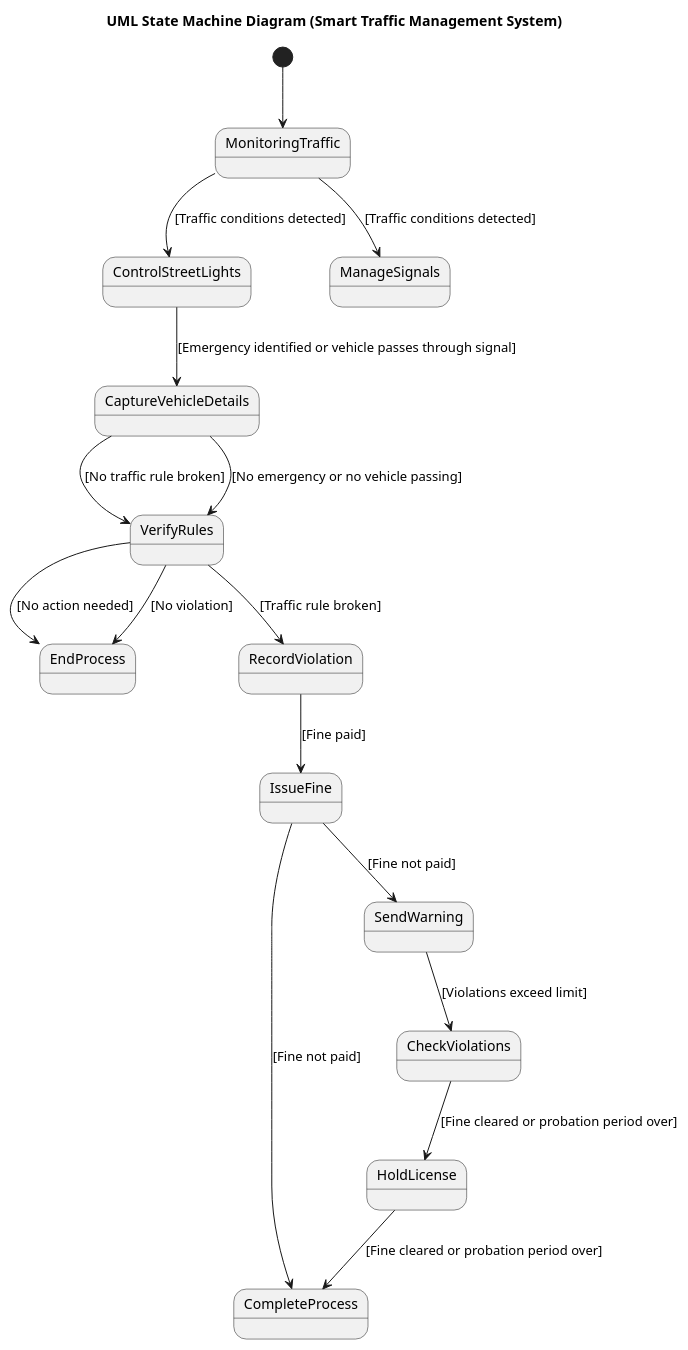
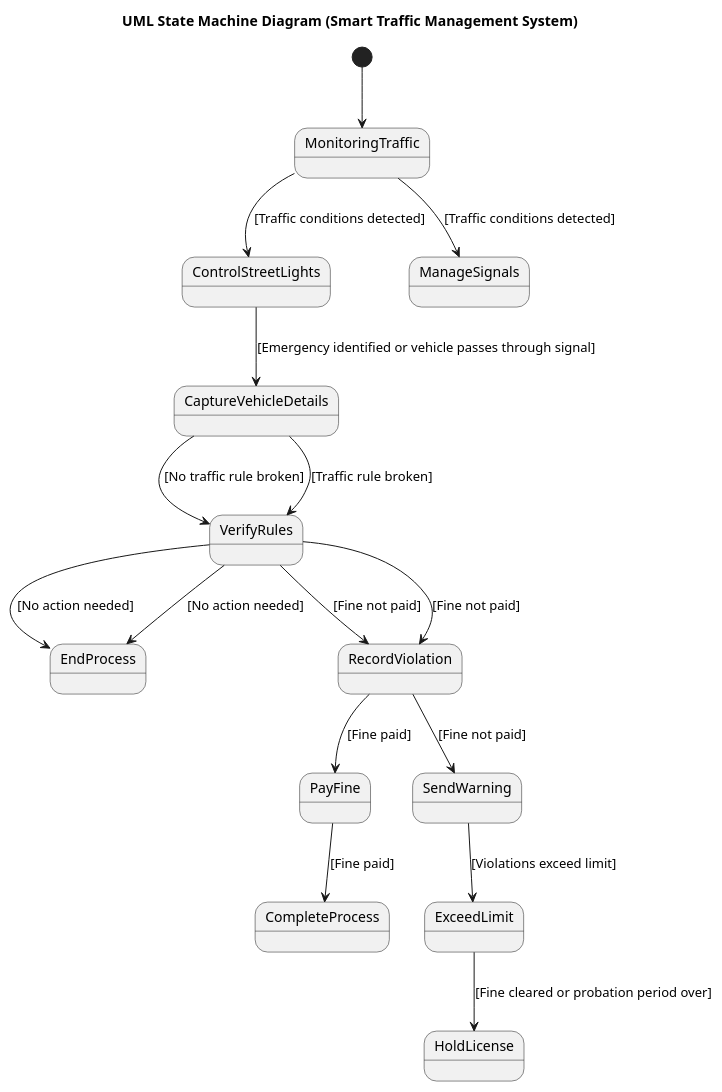
Before and after one commit to maimunafaria/State_transition_Diagram_generated_by_LLM: the diagram in results/plantuml_pipeline_qwen_train53/runs/open_source__qwen25_7b_instruct__rag/case_23_smart_traffic_management_system/run_01.initial.puml, drawn with PlantUML. The commit also changed 71 other files, not shown here.

Commit message:
diagram creation done

```diff
--- a/results/plantuml_pipeline_qwen_train53/runs/open_source__qwen25_7b_instruct__rag/case_23_smart_traffic_management_system/run_01.initial.puml
+++ b/results/plantuml_pipeline_qwen_train53/runs/open_source__qwen25_7b_instruct__rag/case_23_smart_traffic_management_system/run_01.initial.puml
@@ -1,32 +1,28 @@
 @startuml
 title UML State Machine Diagram (Smart Traffic Management System)
 
 [*] --> MonitoringTraffic
 
 state MonitoringTraffic <<choice>>
 MonitoringTraffic --> ControlStreetLights : [Traffic conditions detected]
 MonitoringTraffic --> ManageSignals : [Traffic conditions detected]
 
 state ControlStreetLights <<choice>>
 ControlStreetLights --> CaptureVehicleDetails : [Emergency identified or vehicle passes through signal]
 CaptureVehicleDetails --> VerifyRules : [No traffic rule broken]
 VerifyRules --> EndProcess : [No action needed]
 
 state CaptureVehicleDetails <<choice>>
-CaptureVehicleDetails --> VerifyRules : [No emergency or no vehicle passing]
+CaptureVehicleDetails --> VerifyRules : [Traffic rule broken]
+VerifyRules --> RecordViolation : [Fine not paid]
+RecordViolation --> PayFine : [Fine paid]
+PayFine --> CompleteProcess : [Fine paid]
+RecordViolation --> SendWarning : [Fine not paid]
+SendWarning --> ExceedLimit : [Violations exceed limit]
+ExceedLimit --> HoldLicense : [Fine cleared or probation period over]
 
 state VerifyRules <<choice>>
-VerifyRules --> RecordViolation : [Traffic rule broken]
-VerifyRules --> EndProcess : [No violation]
-
-state RecordViolation <<choice>>
-RecordViolation --> IssueFine : [Fine paid]
-IssueFine --> CompleteProcess : [Fine not paid]
-IssueFine --> SendWarning : [Fine not paid]
-
-state SendWarning <<choice>>
-SendWarning --> CheckViolations : [Violations exceed limit]
-CheckViolations --> HoldLicense : [Fine cleared or probation period over]
-HoldLicense --> CompleteProcess : [Fine cleared or probation period over]
+VerifyRules --> EndProcess : [No action needed]
+VerifyRules --> RecordViolation : [Fine not paid]
 
 @enduml
```
